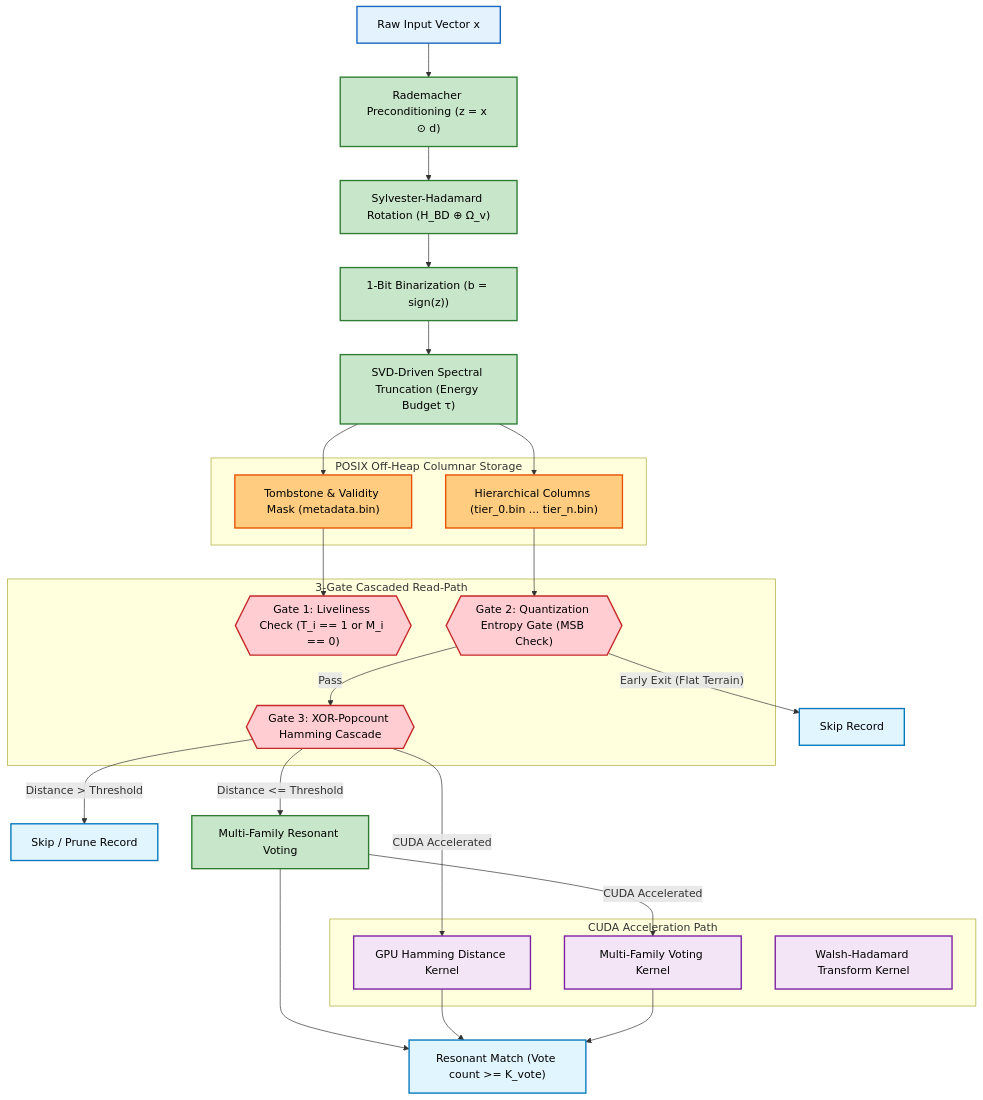
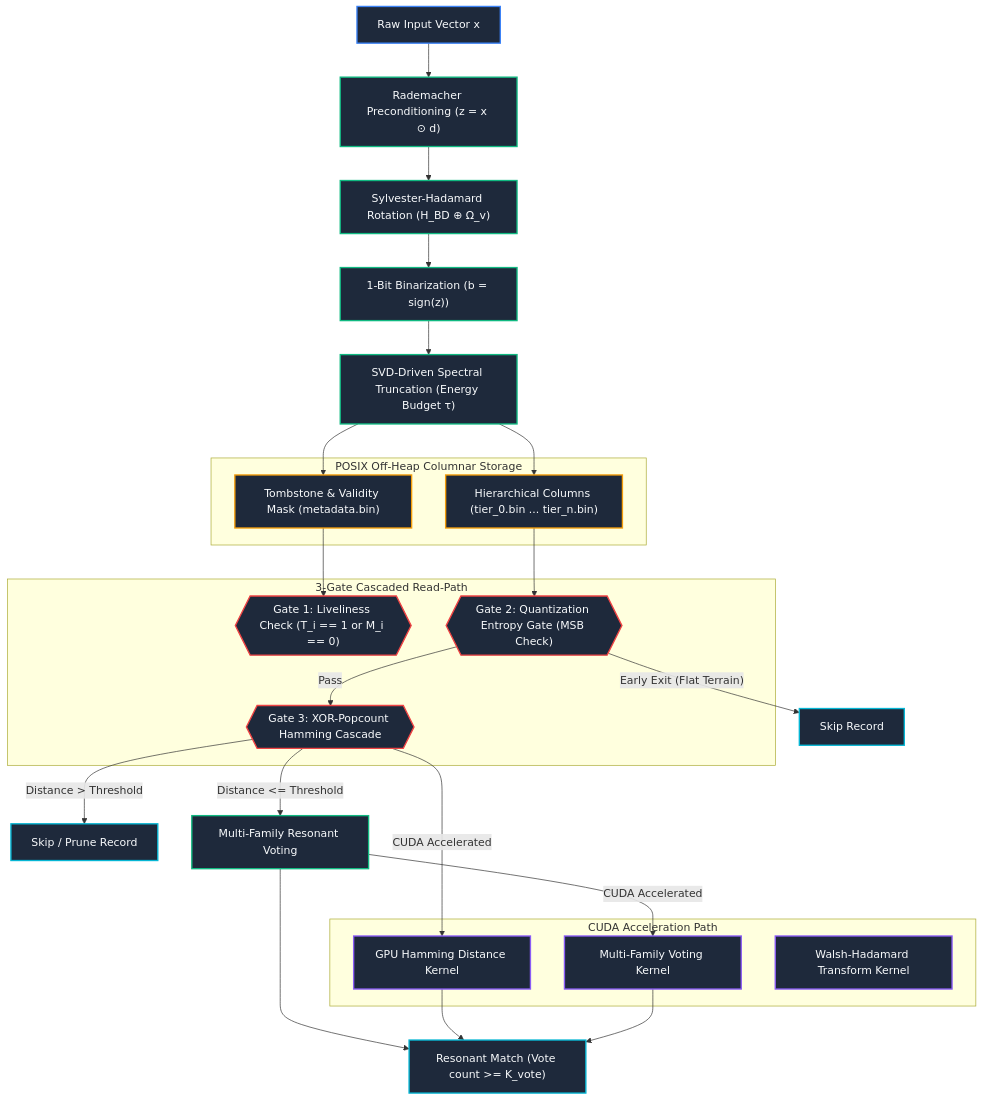
The diagram in docs/architecture.md (F1nnSBK/Pithos), drawn with Mermaid before and after one commit. The commit also changed 5 other files, not shown here.

Commit message:
docs: translate all docs to English, widen content layout, and fix contrast in Mermaid & SVG diagrams

````diff
--- a/docs/architecture.md
+++ b/docs/architecture.md
@@ -11,47 +11,47 @@
 ```mermaid
 graph TD
-    classDef input fill:#e3f2fd,stroke:#1565c0,stroke-width:2px,color:#000;
-    classDef transform fill:#c8e6c9,stroke:#2e7d32,stroke-width:2px,color:#000;
-    classDef storage fill:#ffcc80,stroke:#e65100,stroke-width:2px,color:#000;
-    classDef gate fill:#ffcdd2,stroke:#c62828,stroke-width:2px,color:#000;
-    classDef cuda fill:#f3e5f5,stroke:#7b1fa2,stroke-width:2px,color:#000;
-    classDef output fill:#e1f5fe,stroke:#0277bd,stroke-width:2px,color:#000;
+    classDef input fill:#1e293b,stroke:#3b82f6,stroke-width:2px,color:#f8fafc;
+    classDef transform fill:#1e293b,stroke:#10b981,stroke-width:2px,color:#f8fafc;
+    classDef storage fill:#1e293b,stroke:#f59e0b,stroke-width:2px,color:#f8fafc;
+    classDef gate fill:#1e293b,stroke:#ef4444,stroke-width:2px,color:#f8fafc;
+    classDef cuda fill:#1e293b,stroke:#8b5cf6,stroke-width:2px,color:#f8fafc;
+    classDef output fill:#1e293b,stroke:#06b6d4,stroke-width:2px,color:#f8fafc;
     
     A[Raw Input Vector x]:::input --> B["Rademacher Preconditioning (z = x ⊙ d)"]:::transform
     B --> C["Sylvester-Hadamard Rotation (H_BD ⊕ Ω_v)"]:::transform
     C --> D["1-Bit Binarization (b = sign(z))"]:::transform
     D --> E["SVD-Driven Spectral Truncation (Energy Budget τ)"]:::transform
     
     subgraph Storage Layer [POSIX Off-Heap Columnar Storage]
         F["Tombstone & Validity Mask (metadata.bin)"]:::storage
         G["Hierarchical Columns (tier_0.bin ... tier_n.bin)"]:::storage
     end
     
     E --> F
     E --> G
     
     subgraph Read Path [3-Gate Cascaded Read-Path]
         H{{"Gate 1: Liveliness Check (T_i == 1 or M_i == 0)"}}:::gate
         I{{"Gate 2: Quantization Entropy Gate (MSB Check)"}}:::gate
         J{{"Gate 3: XOR-Popcount Hamming Cascade"}}:::gate
     end
     
     subgraph "CUDA Acceleration Path"
         J2["GPU Hamming Distance Kernel"]:::cuda
         M2["Multi-Family Voting Kernel"]:::cuda
         W2["Walsh-Hadamard Transform Kernel"]:::cuda
     end
     
     F --> H
     G --> I
     I -- "Early Exit (Flat Terrain)" --> K[Skip Record]:::output
     I -- "Pass" --> J
     J -- "Distance > Threshold" --> L[Skip / Prune Record]:::output
     J -- "Distance <= Threshold" --> M[Multi-Family Resonant Voting]:::transform
     J -- "CUDA Accelerated" --> J2
     M -- "CUDA Accelerated" --> M2
     
     M --> N["Resonant Match (Vote count >= K_vote)"]:::output
     J2 --> N
     M2 --> N
 ```
````
